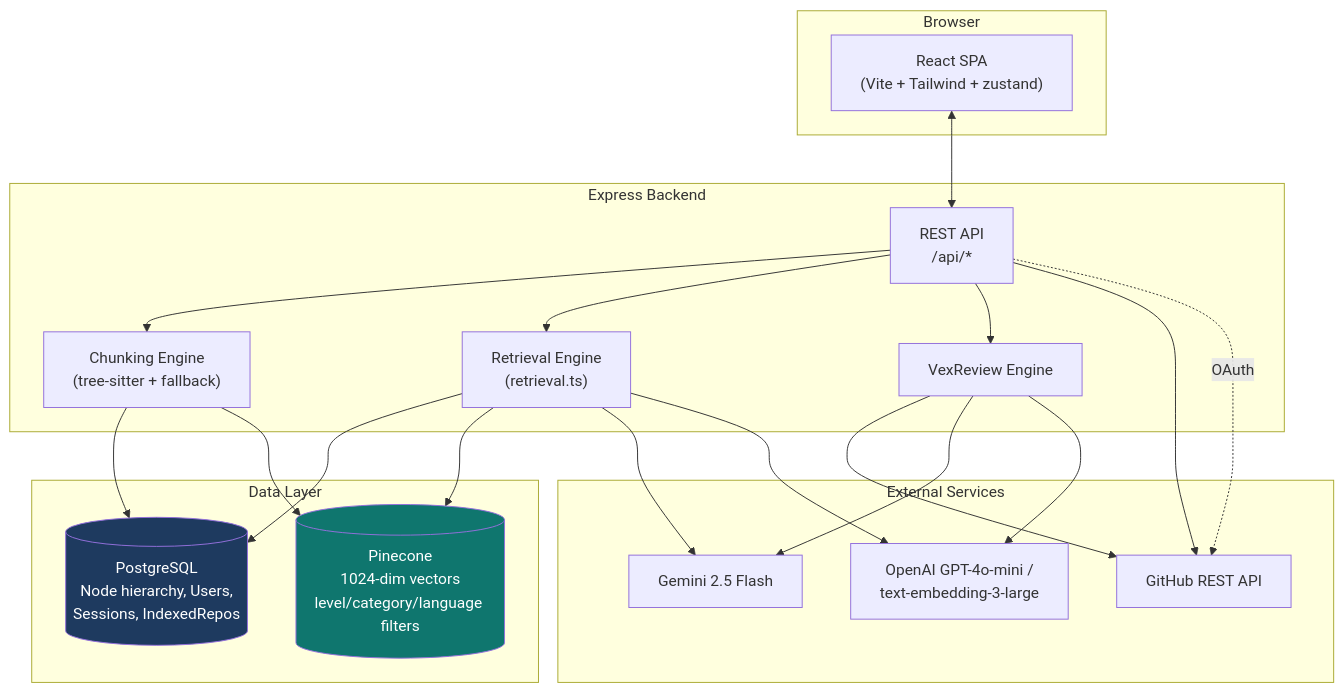
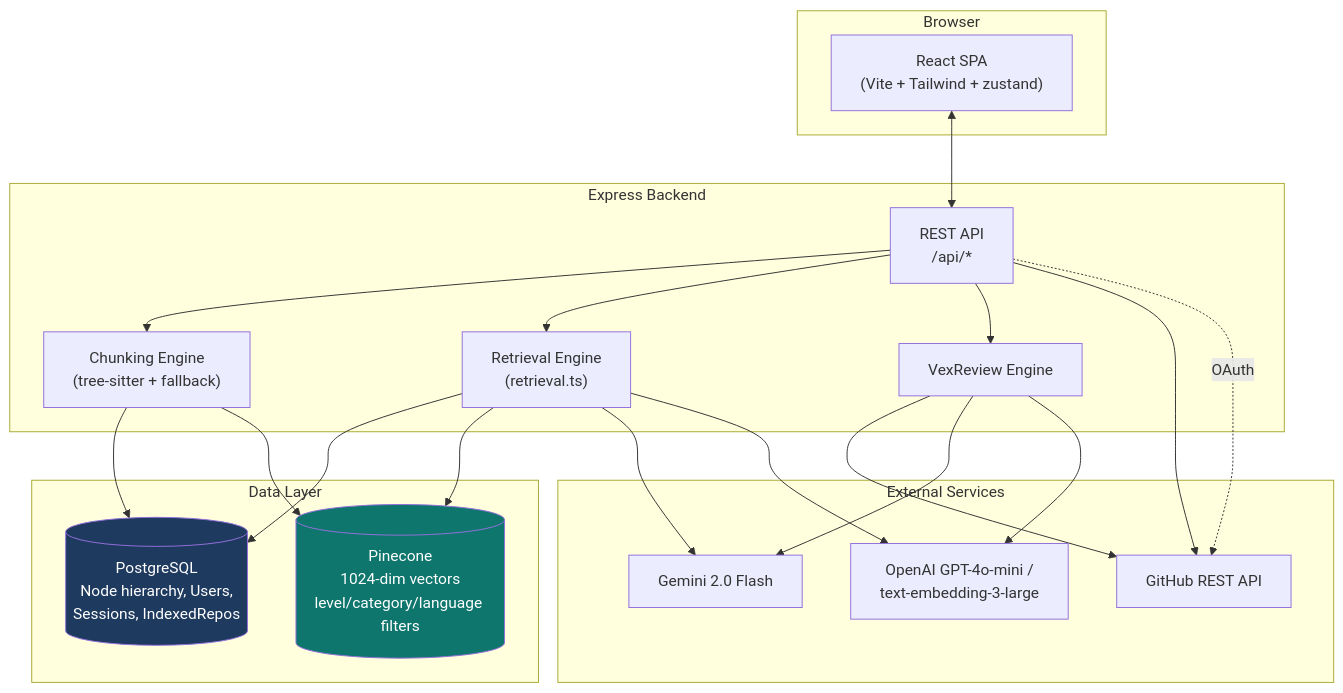
Before and after one commit to arpan7sarkar/GitPlus: the first of 5 diagrams in README.md, drawn with Mermaid. The commit also changed other lines of this file and 10 other files, not shown here.

````diff
--- a/README.md
+++ b/README.md
@@ -58,43 +58,43 @@
 ```mermaid
 graph TB
     subgraph Client["Browser"]
         FE["React SPA<br/>(Vite + Tailwind + zustand)"]
     end
 
     subgraph Server["Express Backend"]
         API["REST API<br/>/api/*"]
         RET["Retrieval Engine<br/>(retrieval.ts)"]
         CHUNK["Chunking Engine<br/>(tree-sitter + fallback)"]
         VEX["VexReview Engine"]
     end
 
     subgraph Data["Data Layer"]
         PG[("PostgreSQL<br/>Node hierarchy, Users,<br/>Sessions, IndexedRepos")]
         PINECONE[("Pinecone<br/>1024-dim vectors<br/>level/category/language filters")]
     end
 
     subgraph External["External Services"]
         GH["GitHub REST API"]
-        GEMINI["Gemini 2.5 Flash"]
+        GEMINI["Gemini 2.0 Flash"]
         OPENAI["OpenAI GPT-4o-mini /<br/>text-embedding-3-large"]
     end
 
     FE <--> API
     API --> CHUNK
     API --> RET
     API --> VEX
     CHUNK --> PG
     CHUNK --> PINECONE
     RET --> PG
     RET --> PINECONE
     RET --> GEMINI
     RET --> OPENAI
     VEX --> GH
     VEX --> GEMINI
     VEX --> OPENAI
     API --> GH
     API -.OAuth.-> GH
 
     style PINECONE fill:#0f766e,color:#fff
     style PG fill:#1e3a5f,color:#fff
 ```
````
